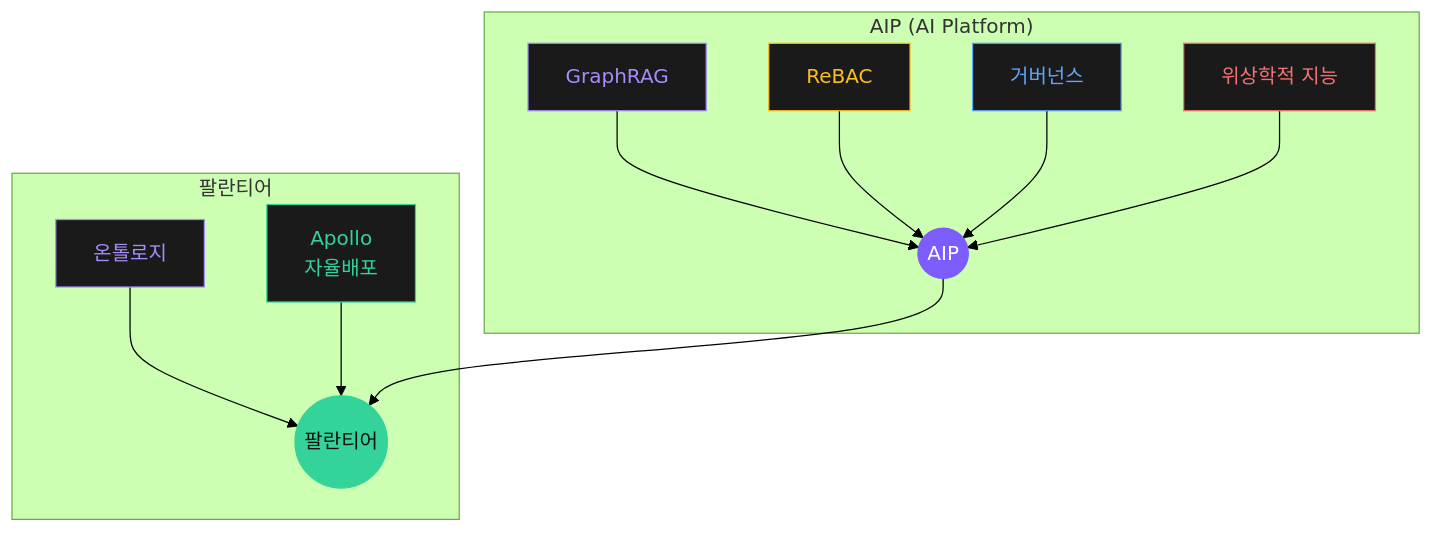
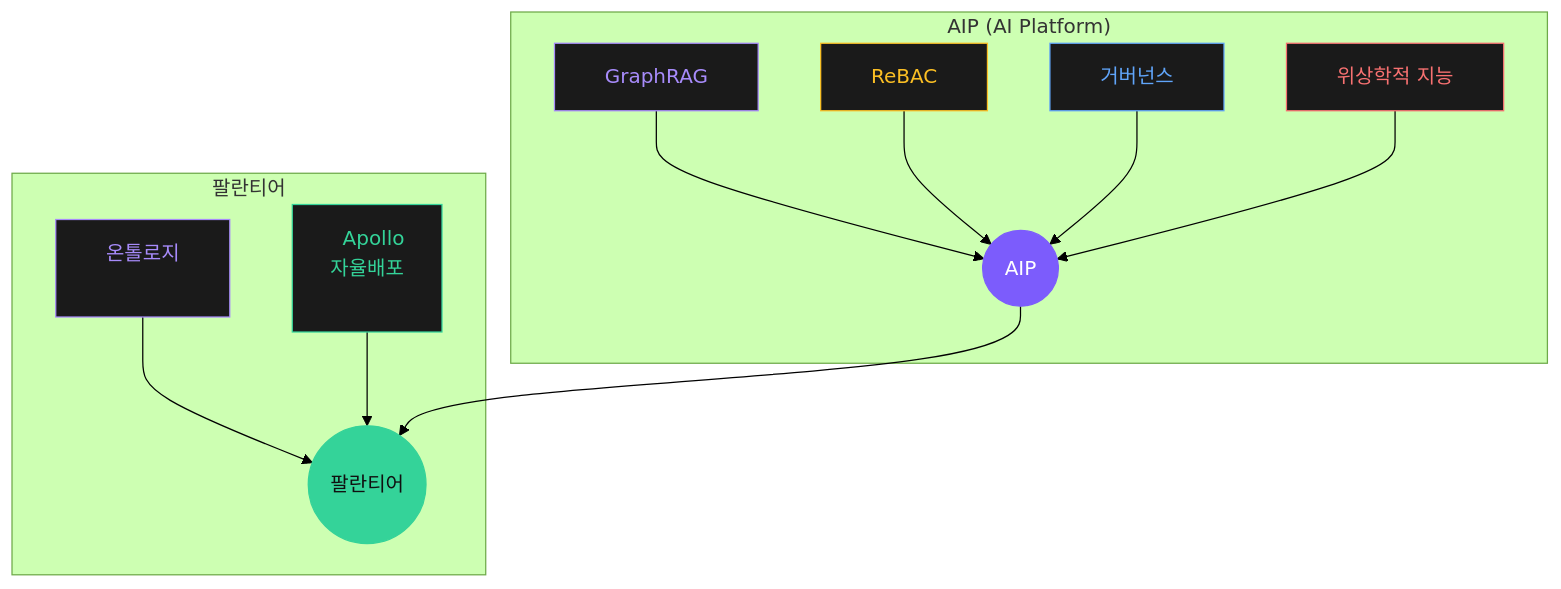
One commit to kinkos1234/sos changed the second of 2 diagrams in site/overview/index.md. Above: the diagram before and after it, drawn with Mermaid (forest theme). The commit also changed other lines of this file and 9 other files, not shown here.

Commit message:
style: perfect mermaid edge labels, optimize typography, fix dark mode bugs

````diff
--- a/site/overview/index.md
+++ b/site/overview/index.md
@@ -63,24 +68,24 @@
 ```mermaid
 graph TB
-    subgraph AIP["AIP (AI Platform)"]
-        GR[GraphRAG] --> AIP_CORE((AIP))
-        RB[ReBAC] --> AIP_CORE
-        GOV[거버넌스] --> AIP_CORE
-        TI[위상학적 지능] --> AIP_CORE
+    subgraph AIP["&nbsp;&nbsp;AIP (AI Platform)&nbsp;&nbsp;"]
+        GR["&nbsp;&nbsp;GraphRAG&nbsp;&nbsp;"] --> AIP_CORE((&nbsp;&nbsp;AIP&nbsp;&nbsp;))
+        RB["&nbsp;&nbsp;ReBAC&nbsp;&nbsp;"] --> AIP_CORE
+        GOV["&nbsp;&nbsp;거버넌스&nbsp;&nbsp;"] --> AIP_CORE
+        TI["&nbsp;&nbsp;위상학적 지능&nbsp;&nbsp;"] --> AIP_CORE
     end
 
-    subgraph PLTR["팔란티어"]
-        ONT[온톨로지] --> PLTR_CORE((팔란티어))
-        APO[Apollo<br/>자율배포] --> PLTR_CORE
+    subgraph PLTR["&nbsp;&nbsp;팔란티어&nbsp;&nbsp;"]
+        ONT["&nbsp;&nbsp;온톨로지&nbsp;&nbsp;<br/>&nbsp;"] --> PLTR_CORE((&nbsp;&nbsp;팔란티어&nbsp;&nbsp;))
+        APO["&nbsp;&nbsp;Apollo<br/>자율배포<br/>&nbsp;&nbsp;&nbsp;"] --> PLTR_CORE
         AIP_CORE --> PLTR_CORE
     end
 
     style AIP_CORE fill:#7c5cfc,stroke:#7c5cfc,color:#fff
     style PLTR_CORE fill:#34d399,stroke:#34d399,color:#101010
     style GR fill:#1a1a1a,stroke:#a78bfa,color:#a78bfa
     style RB fill:#1a1a1a,stroke:#fbbf24,color:#fbbf24
     style GOV fill:#1a1a1a,stroke:#60a5fa,color:#60a5fa
     style TI fill:#1a1a1a,stroke:#f87171,color:#f87171
     style ONT fill:#1a1a1a,stroke:#a78bfa,color:#a78bfa
     style APO fill:#1a1a1a,stroke:#34d399,color:#34d399
 ```
````
